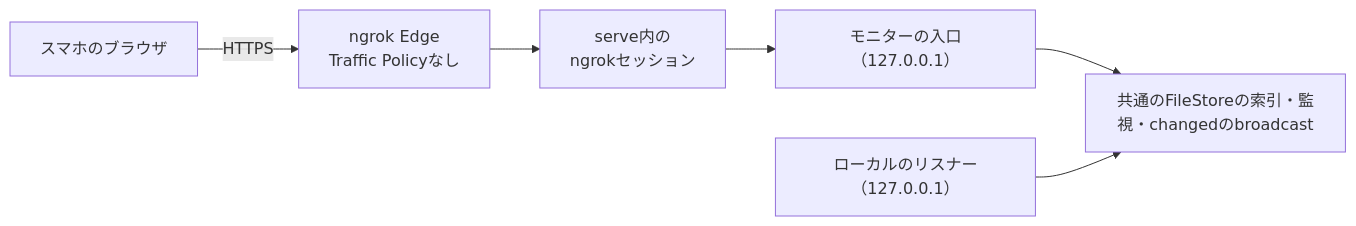
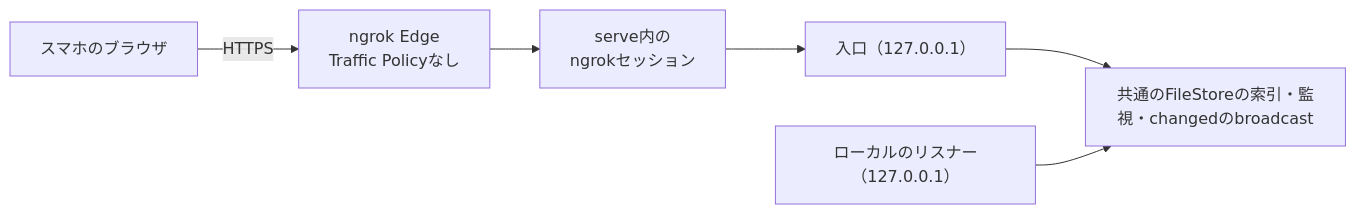
One commit to FooQoo/agent-board changed the diagram in docs/ja/dev/concepts/remote-access.md. Above: the diagram before and after it, drawn with Mermaid. The commit also changed other lines of this file and 27 other files, not shown here.

````diff
--- a/docs/ja/dev/concepts/remote-access.md
+++ b/docs/ja/dev/concepts/remote-access.md
@@ -7,8 +7,8 @@
 ```mermaid
 flowchart LR
     Phone["スマホのブラウザ"] -->|HTTPS| Edge["ngrok Edge<br/>Traffic Policyなし"]
     Edge --> Tunnel["serve内の<br/>ngrokセッション"]
-    Tunnel --> Entry["モニターの入口（127.0.0.1）"]
+    Tunnel --> Entry["入口（127.0.0.1）"]
     Entry --> Shared["共通のFileStoreの索引・監視・changedのbroadcast"]
     LL["ローカルのリスナー（127.0.0.1）"] --> Shared
 ```
````
